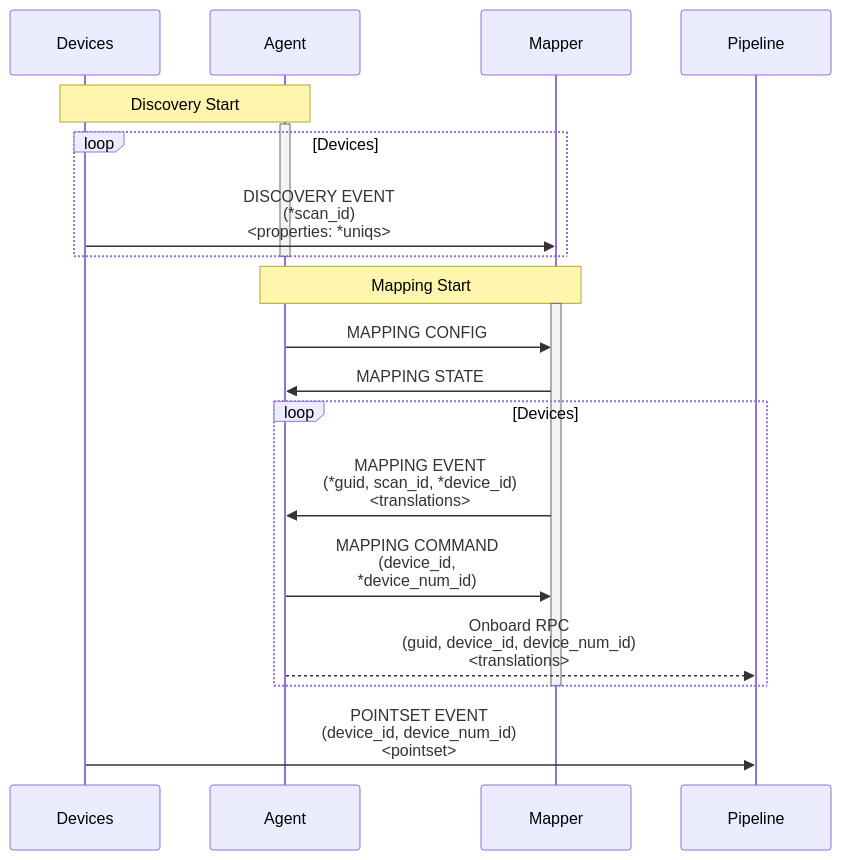
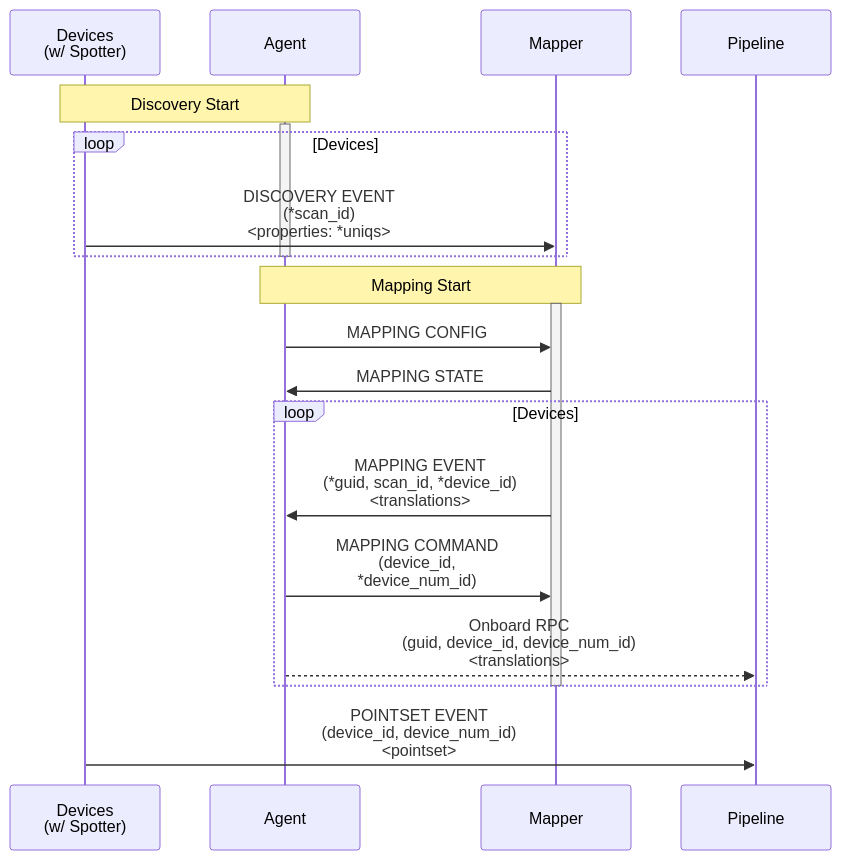
Before and after one commit to faucetsdn/udmi: the diagram in docs/specs/mapping.md, drawn with Mermaid. The commit also changed 3 other files, not shown here.

Commit message:
Clarify flows

````diff
--- a/docs/specs/mapping.md
+++ b/docs/specs/mapping.md
@@ -24,25 +24,25 @@
 ```mermaid
 sequenceDiagram
   %%{wrap}%%
-  participant Devices
+  participant Devices as Devices<br/>(w/ Spotter)
   participant Agent
   participant Mapper
   participant Pipeline
   Note over Devices, Agent: Discovery Start
   activate Agent
   loop Devices
     Devices->>Mapper: DISCOVERY EVENT<br/>(*scan_id)<br/><properties: *uniqs>
   end
   deactivate Agent
   Note over Agent, Mapper: Mapping Start
   activate Mapper
   Agent->>Mapper: MAPPING CONFIG
   Mapper->>Agent: MAPPING STATE
   loop Devices
     Mapper->>Agent: MAPPING EVENT<br/>(*guid, scan_id, *device_id)<br/><translations>
     Agent->>Mapper: MAPPING COMMAND<br/>(device_id, *device_num_id)
     Agent-->>Pipeline: Onboard RPC<br/>(guid, device_id, device_num_id)<br/><translations>
   end
   deactivate Mapper
   Devices->>Pipeline: POINTSET EVENT<br/>(device_id, device_num_id)<br/><pointset>
 ```
````
